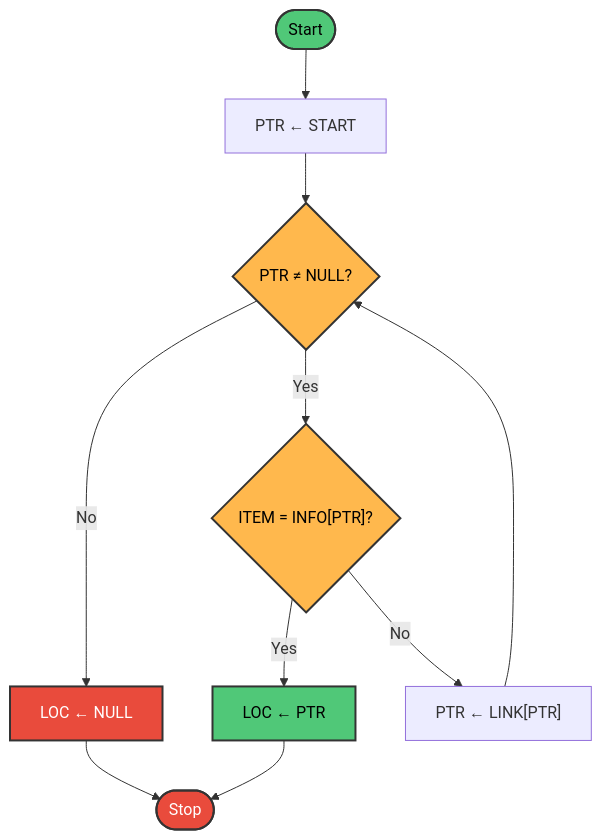
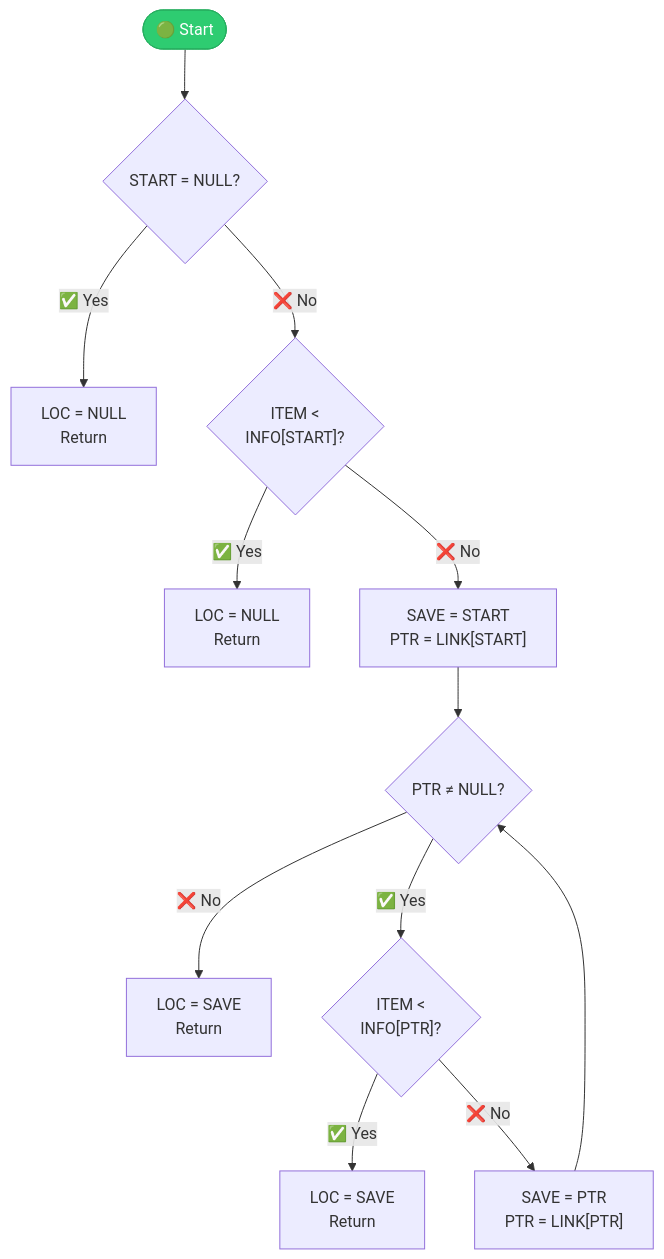
Before and after one commit to M-F-Tushar/CSE-2101-Data-Structure: diagram 15 of 27 in Chapter 5 - Linked Lists/README.md, drawn with Mermaid. The commit also changed other lines of this file, not shown here.

````diff
--- a/Chapter 5 - Linked Lists/README.md
+++ b/Chapter 5 - Linked Lists/README.md
@@ -1200,19 +638,16 @@
 ```mermaid
 flowchart TD
-    START_NODE([Start]) --> INIT["PTR ← START"]
-    INIT --> CHECK{"PTR ≠ NULL?"}
-    CHECK -->|No| NOT_FOUND["LOC ← NULL"]
-    NOT_FOUND --> STOP([Stop])
-    CHECK -->|Yes| COMPARE{"ITEM = INFO[PTR]?"}
-    COMPARE -->|Yes| FOUND["LOC ← PTR"]
-    FOUND --> STOP
-    COMPARE -->|No| MOVE["PTR ← LINK[PTR]"]
-    MOVE --> CHECK
+    START([🟢 Start]) --> EMPTY{"START = NULL?"}
+    EMPTY -->|✅ Yes| NULL1["LOC = NULL<br/>Return"]
+    EMPTY -->|❌ No| FIRST{"ITEM <<br/>INFO[START]?"}
+    FIRST -->|✅ Yes| NULL2["LOC = NULL<br/>Return"]
+    FIRST -->|❌ No| INIT["SAVE = START<br/>PTR = LINK[START]"]
+    INIT --> LOOP{"PTR ≠ NULL?"}
+    LOOP -->|❌ No| END["LOC = SAVE<br/>Return"]
+    LOOP -->|✅ Yes| CMP{"ITEM <<br/>INFO[PTR]?"}
+    CMP -->|✅ Yes| FOUND["LOC = SAVE<br/>Return"]
+    CMP -->|❌ No| UPD["SAVE = PTR<br/>PTR = LINK[PTR]"]
+    UPD --> LOOP
     
-    style START_NODE fill:#50C878,stroke:#333,stroke-width:2px,color:#000
-    style STOP fill:#E94B3C,stroke:#333,stroke-width:2px,color:#fff
-    style CHECK fill:#FFB84D,stroke:#333,stroke-width:2px,color:#000
-    style COMPARE fill:#FFB84D,stroke:#333,stroke-width:2px,color:#000
-    style FOUND fill:#50C878,stroke:#333,stroke-width:2px,color:#000
-    style NOT_FOUND fill:#E94B3C,stroke:#333,stroke-width:2px,color:#fff
+    style START fill:#2ecc71,stroke:#27ae60,color:#fff
 ```
````
